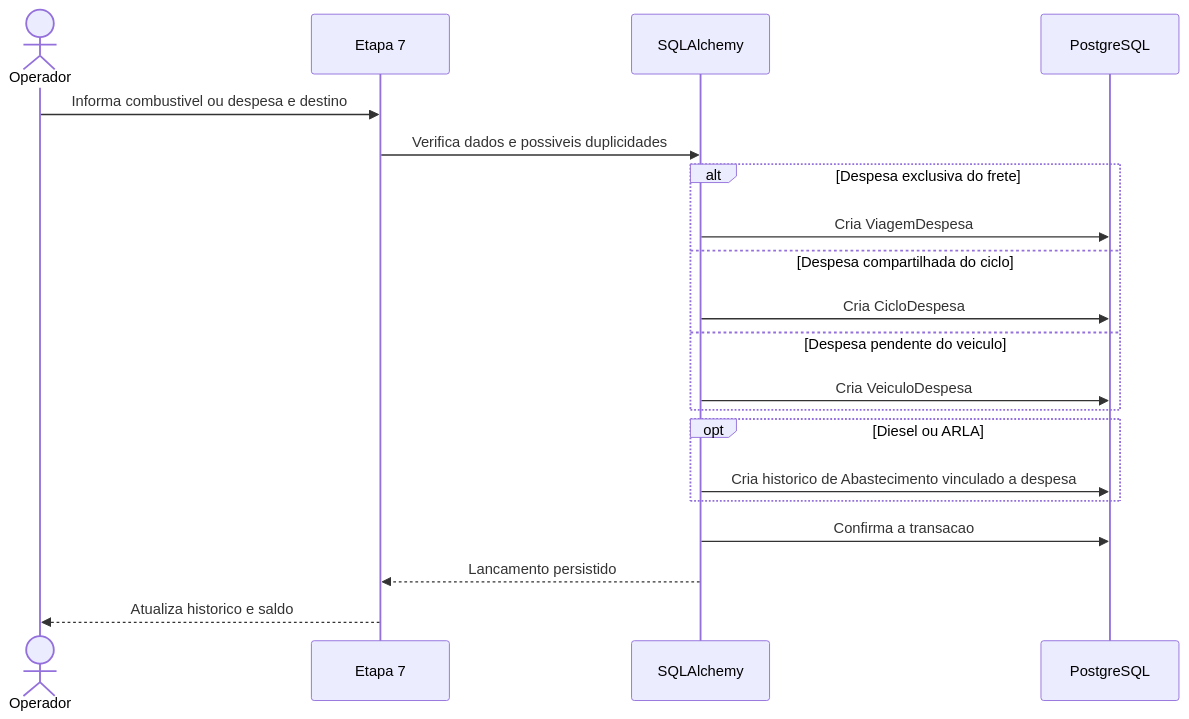
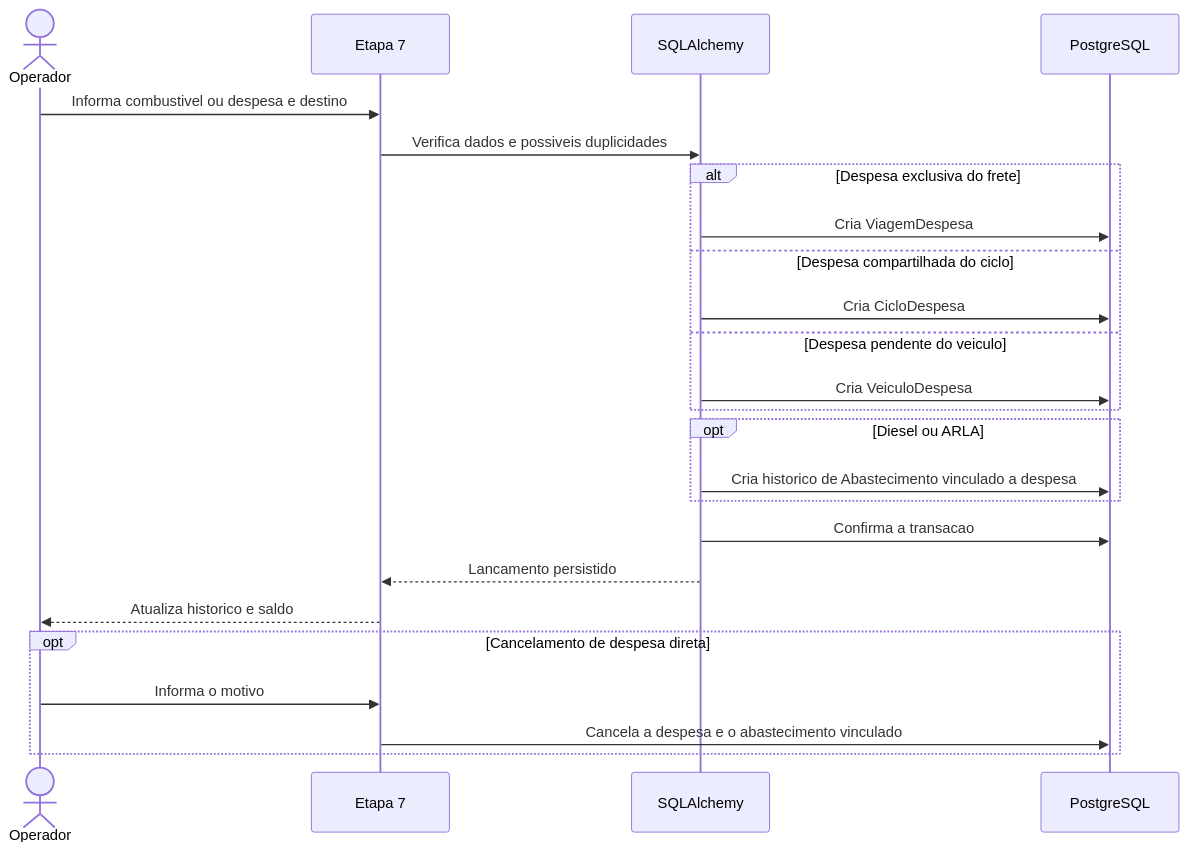
One commit to felpontes98/faeg-logistica-app changed the second of 3 diagrams in docs/diagramas/sequencias.md. Above: the diagram before and after it, drawn with Mermaid. The commit also changed other lines of this file and 33 other files, not shown here.

````diff
--- a/docs/diagramas/sequencias.md
+++ b/docs/diagramas/sequencias.md
@@ -42,22 +42,26 @@
 ```mermaid
 sequenceDiagram
     actor Operador
     participant UI as Etapa 7
     participant ORM as SQLAlchemy
     participant DB as PostgreSQL
     Operador->>UI: Informa combustivel ou despesa e destino
     UI->>ORM: Verifica dados e possiveis duplicidades
     alt Despesa exclusiva do frete
         ORM->>DB: Cria ViagemDespesa
     else Despesa compartilhada do ciclo
         ORM->>DB: Cria CicloDespesa
     else Despesa pendente do veiculo
         ORM->>DB: Cria VeiculoDespesa
     end
     opt Diesel ou ARLA
         ORM->>DB: Cria historico de Abastecimento vinculado a despesa
     end
     ORM->>DB: Confirma a transacao
     ORM-->>UI: Lancamento persistido
     UI-->>Operador: Atualiza historico e saldo
+    opt Cancelamento de despesa direta
+        Operador->>UI: Informa o motivo
+        UI->>DB: Cancela a despesa e o abastecimento vinculado
+    end
 ```
````
